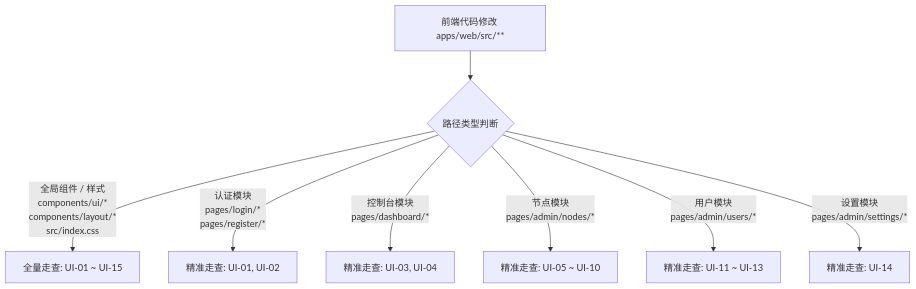
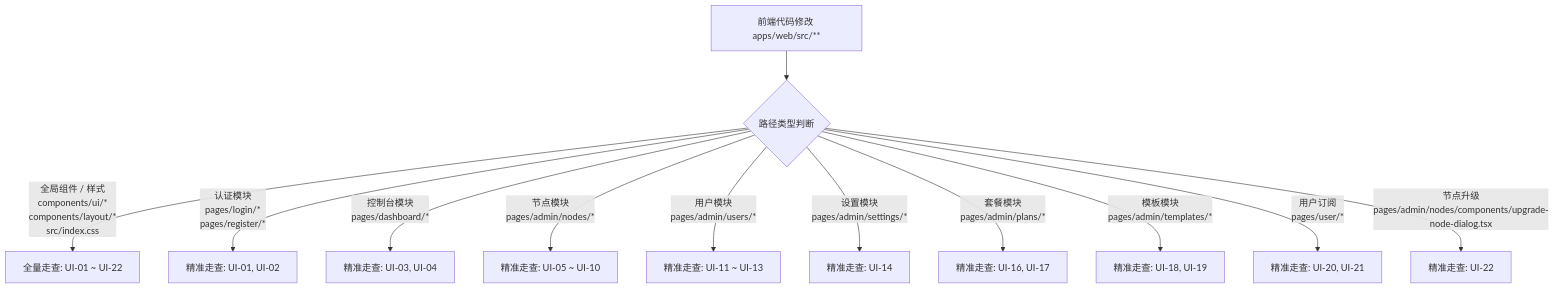
One commit to Nanako660/riricloud changed the diagram in docs/VISUAL_VERIFICATION.md. Above: the diagram before and after it, drawn with Mermaid. The commit also changed other lines of this file and 82 other files, not shown here.

````diff
--- a/docs/VISUAL_VERIFICATION.md
+++ b/docs/VISUAL_VERIFICATION.md
@@ -50,10 +57,14 @@
 ```mermaid
 flowchart TD
     Change[前端代码修改 apps/web/src/**] --> PathCheck{路径类型判断}
-    PathCheck -->|全局组件 / 样式\ncomponents/ui/*\ncomponents/layout/*\nsrc/index.css| Full[全量走查: UI-01 ~ UI-15]
+    PathCheck -->|全局组件 / 样式\ncomponents/ui/*\ncomponents/layout/*\nsrc/index.css| Full[全量走查: UI-01 ~ UI-22]
     PathCheck -->|认证模块\npages/login/*\npages/register/*| Auth[精准走查: UI-01, UI-02]
     PathCheck -->|控制台模块\npages/dashboard/*| Dash[精准走查: UI-03, UI-04]
     PathCheck -->|节点模块\npages/admin/nodes/*| Node[精准走查: UI-05 ~ UI-10]
     PathCheck -->|用户模块\npages/admin/users/*| User[精准走查: UI-11 ~ UI-13]
     PathCheck -->|设置模块\npages/admin/settings/*| Sett[精准走查: UI-14]
+    PathCheck -->|套餐模块\npages/admin/plans/*| Plans[精准走查: UI-16, UI-17]
+    PathCheck -->|模板模块\npages/admin/templates/*| Templates[精准走查: UI-18, UI-19]
+    PathCheck -->|用户订阅\npages/user/*| UserSubs[精准走查: UI-20, UI-21]
+    PathCheck -->|节点升级\npages/admin/nodes/components/upgrade-node-dialog.tsx| Upgrade[精准走查: UI-22]
 ```
````
